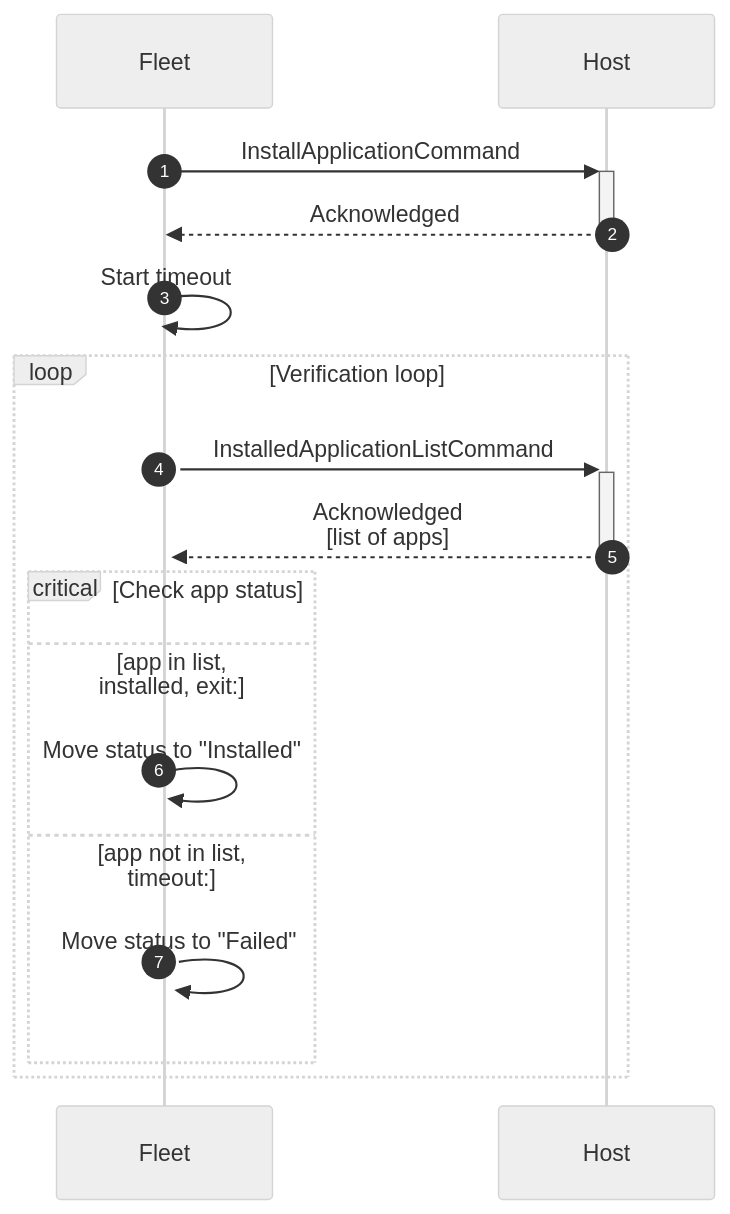
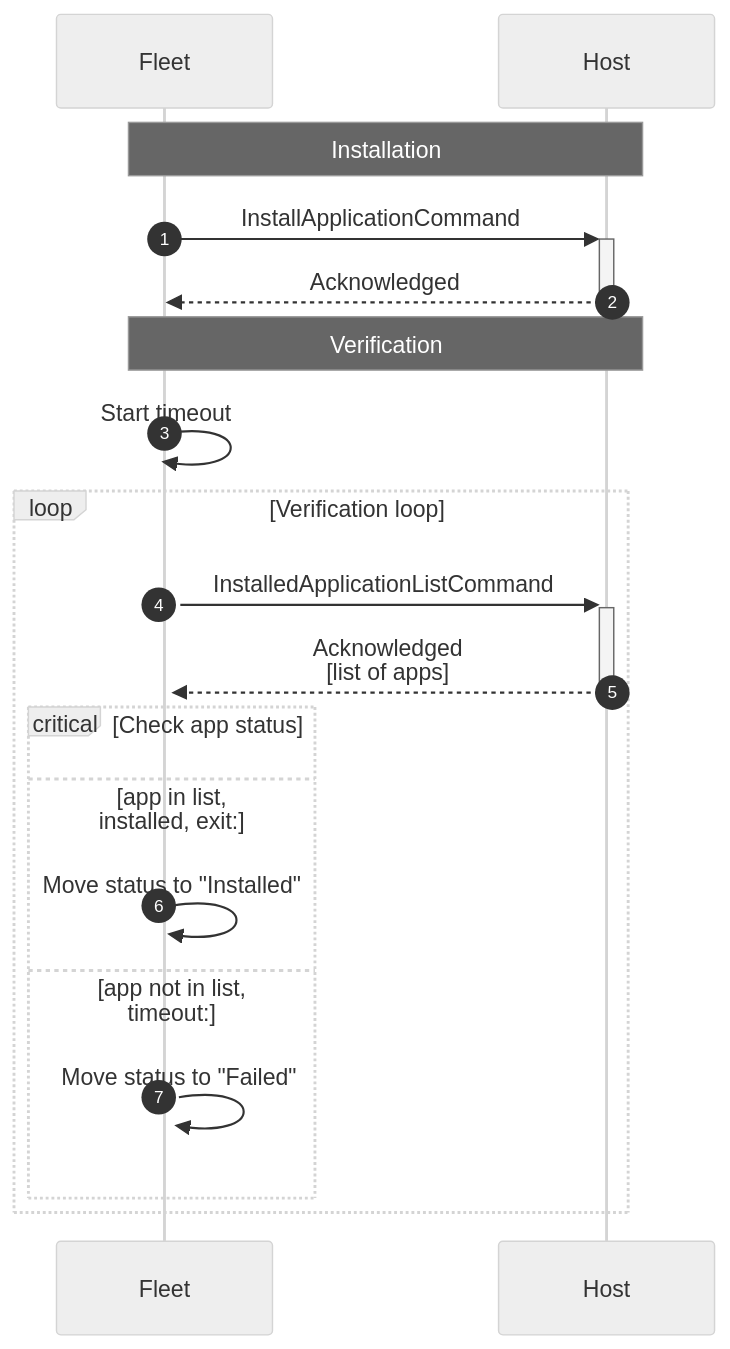
Before and after one commit to fleetdm/fleet: the first of 2 diagrams in docs/Contributing/architecture/software/software-installation.md, drawn with Mermaid (neutral theme). The commit also changed other lines of this file and 7 other files, not shown here.

````diff
--- a/docs/Contributing/architecture/software/software-installation.md
+++ b/docs/Contributing/architecture/software/software-installation.md
@@ -50,19 +60,22 @@
 ```mermaid
 sequenceDiagram
     autonumber
-    Fleet->>+Host: InstallApplicationCommand
-    Host-->>-Fleet: Acknowledged
+        Note over Fleet,Host: Installation
+        Fleet->>+Host: InstallApplicationCommand
+        Host-->>-Fleet: Acknowledged
 
-    Fleet->>+Fleet: Start timeout
-
-    loop Verification loop
-        Fleet->>+Host: InstalledApplicationListCommand
-        Host-->>-Fleet: Acknowledged<br/>[list of apps]
-        critical Check app status
-        option app in list, installed, exit:
-            Fleet->>+Fleet: Move status to "Installed"
-        option app not in list, timeout:
-            Fleet->>+Fleet: Move status to "Failed"
+        Note over Fleet,Host: Verification
+    
+        Fleet->>+Fleet: Start timeout
+    
+        loop Verification loop
+            Fleet->>+Host: InstalledApplicationListCommand
+            Host-->>-Fleet: Acknowledged<br/>[list of apps]
+            critical Check app status
+            option app in list, installed, exit:
+                Fleet->>+Fleet: Move status to "Installed"
+            option app not in list, timeout:
+                Fleet->>+Fleet: Move status to "Failed"
         end
     end
 ```
````
